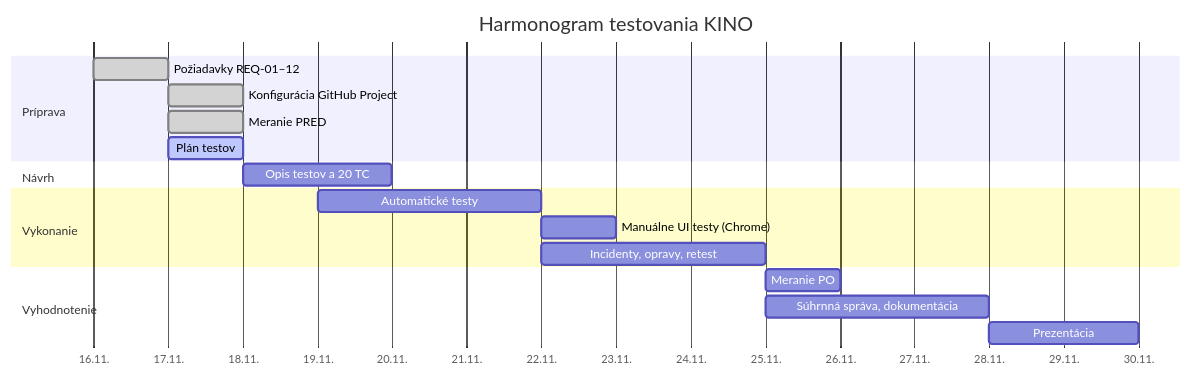
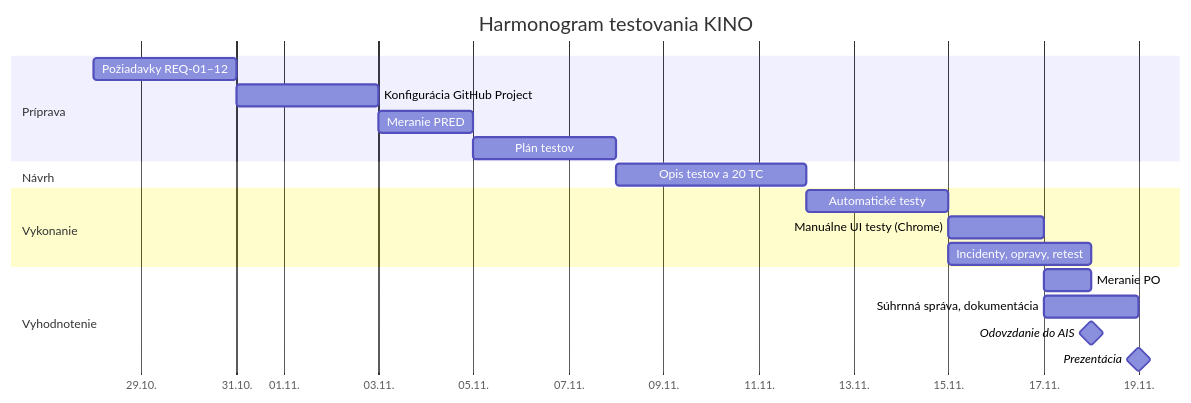
The third of 4 diagrams in docs/02_Plan_testov.md (bodyaln/ksproject), drawn with Mermaid before and after one commit. The commit also changed other lines of this file, not shown here.

Commit message:
Plán testov LTP-KINO-001 podľa IEEE 829

````diff
--- a/docs/02_Plan_testov.md
+++ b/docs/02_Plan_testov.md
@@ -176,21 +176,23 @@
 ```mermaid
 gantt
     title Harmonogram testovania KINO
     dateFormat YYYY-MM-DD
     axisFormat %d.%m.
+    todayMarker off
     section Príprava
-    Požiadavky REQ-01–12            :done,    a1, 2026-11-16, 1d
-    Konfigurácia GitHub Project     :done,    a2, 2026-11-17, 1d
-    Meranie PRED                    :done,    a3, 2026-11-17, 1d
-    Plán testov                     :active,  a4, 2026-11-17, 1d
+    Požiadavky REQ-01–12            : a1, 2026-10-28, 3d
+    Konfigurácia GitHub Project     : a2, 2026-10-31, 3d
+    Meranie PRED                    : a3, 2026-11-03, 2d
+    Plán testov                     : a4, 2026-11-05, 3d
     section Návrh
-    Opis testov a 20 TC             :         b1, 2026-11-18, 2d
+    Opis testov a 20 TC             : b1, 2026-11-08, 4d
     section Vykonanie
-    Automatické testy               :         c1, 2026-11-19, 3d
-    Manuálne UI testy (Chrome)      :         c2, 2026-11-22, 1d
-    Incidenty, opravy, retest       :         c3, 2026-11-22, 3d
+    Automatické testy               : c1, 2026-11-12, 3d
+    Manuálne UI testy (Chrome)      : c2, 2026-11-15, 2d
+    Incidenty, opravy, retest       : c3, 2026-11-15, 3d
     section Vyhodnotenie
-    Meranie PO                      :         d1, 2026-11-25, 1d
-    Súhrnná správa, dokumentácia    :         d2, 2026-11-25, 3d
-    Prezentácia                     :         d3, 2026-11-28, 2d
+    Meranie PO                      : d1, 2026-11-17, 1d
+    Súhrnná správa, dokumentácia    : d2, 2026-11-17, 2d
+    Odovzdanie do AIS               : milestone, m1, 2026-11-18, 0d
+    Prezentácia                     : milestone, m2, 2026-11-19, 0d
 ```
````
